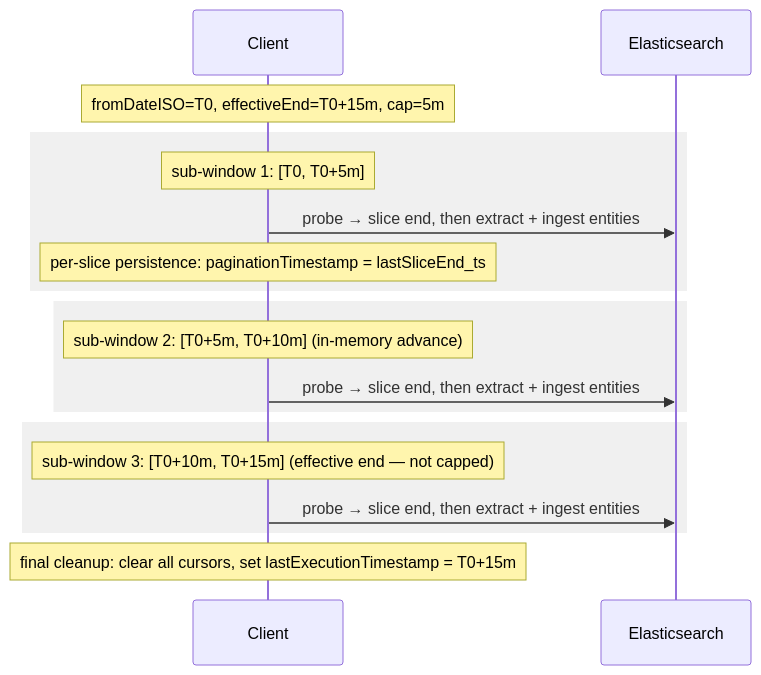
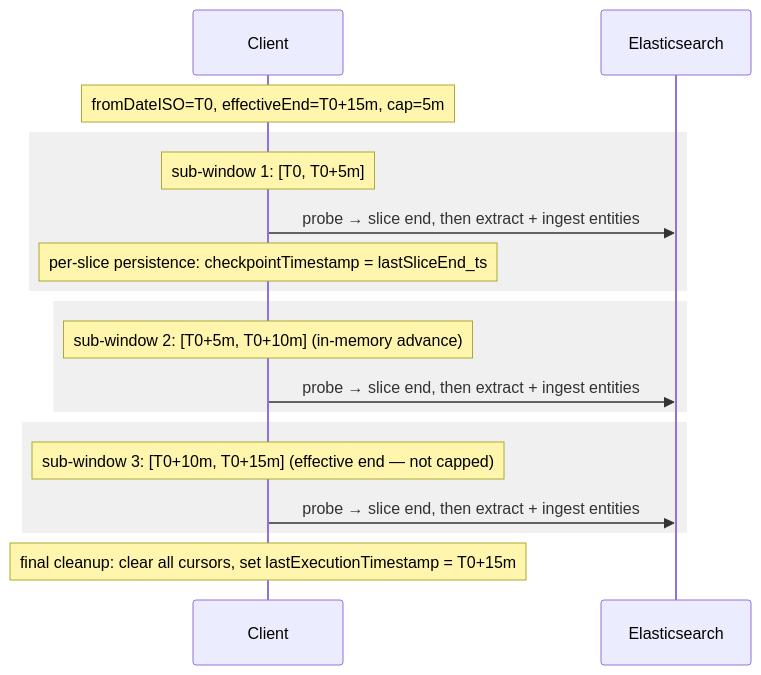
One commit to patrykkopycinski/kibana changed the fourth of 7 diagrams in x-pack/solutions/security/plugins/entity_store/server/domain/logs_extraction/PAGINATION.md. Above: the diagram before and after it, drawn with Mermaid. The commit also changed other lines of this file and 20 other files, not shown here.

````diff
--- a/x-pack/solutions/security/plugins/entity_store/server/domain/logs_extraction/PAGINATION.md
+++ b/x-pack/solutions/security/plugins/entity_store/server/domain/logs_extraction/PAGINATION.md
@@ -101,24 +104,24 @@
 ```mermaid
 sequenceDiagram
     participant C as Client
     participant ES as Elasticsearch
     Note over C: fromDateISO=T0, effectiveEnd=T0+15m, cap=5m
 
     rect rgb(240, 240, 240)
     Note over C: sub-window 1: [T0, T0+5m]
     C->>ES: probe → slice end, then extract + ingest entities
-    Note over C: per-slice persistence: paginationTimestamp = lastSliceEnd_ts
+    Note over C: per-slice persistence: checkpointTimestamp = lastSliceEnd_ts
     end
 
     rect rgb(240, 240, 240)
     Note over C: sub-window 2: [T0+5m, T0+10m] (in-memory advance)
     C->>ES: probe → slice end, then extract + ingest entities
     end
 
     rect rgb(240, 240, 240)
     Note over C: sub-window 3: [T0+10m, T0+15m] (effective end — not capped)
     C->>ES: probe → slice end, then extract + ingest entities
     end
 
     Note over C: final cleanup: clear all cursors, set lastExecutionTimestamp = T0+15m
 ```
````
